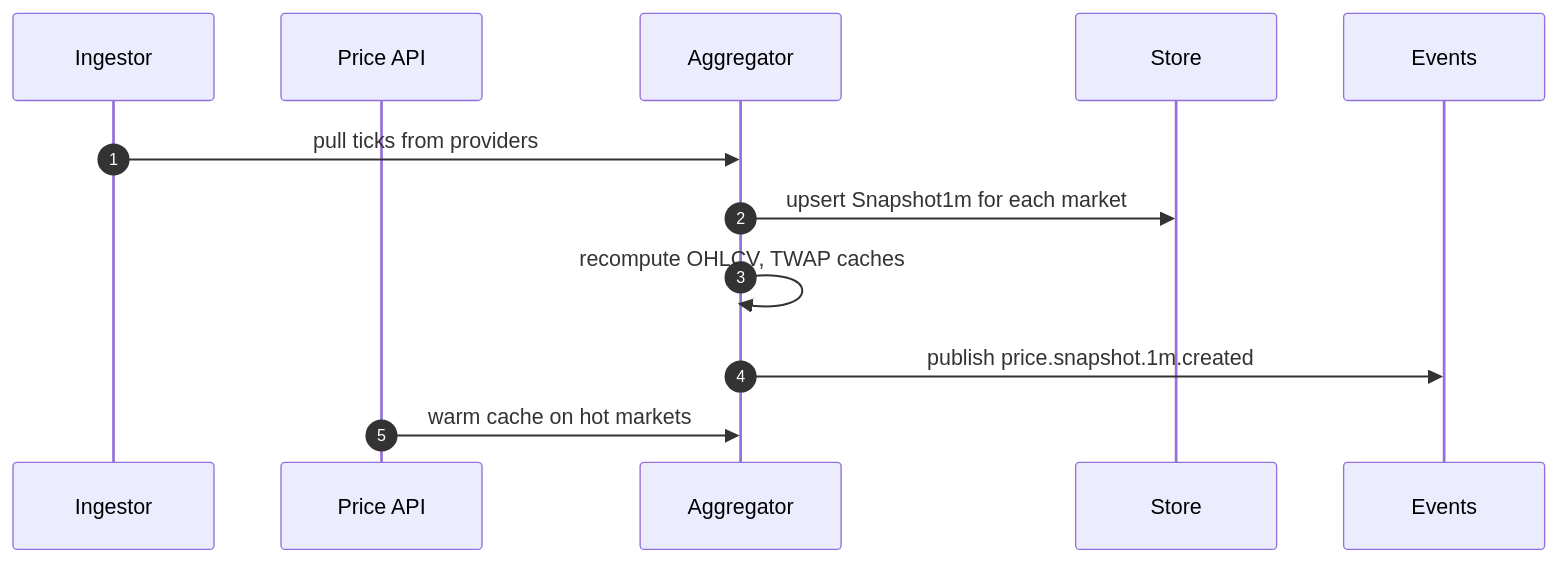
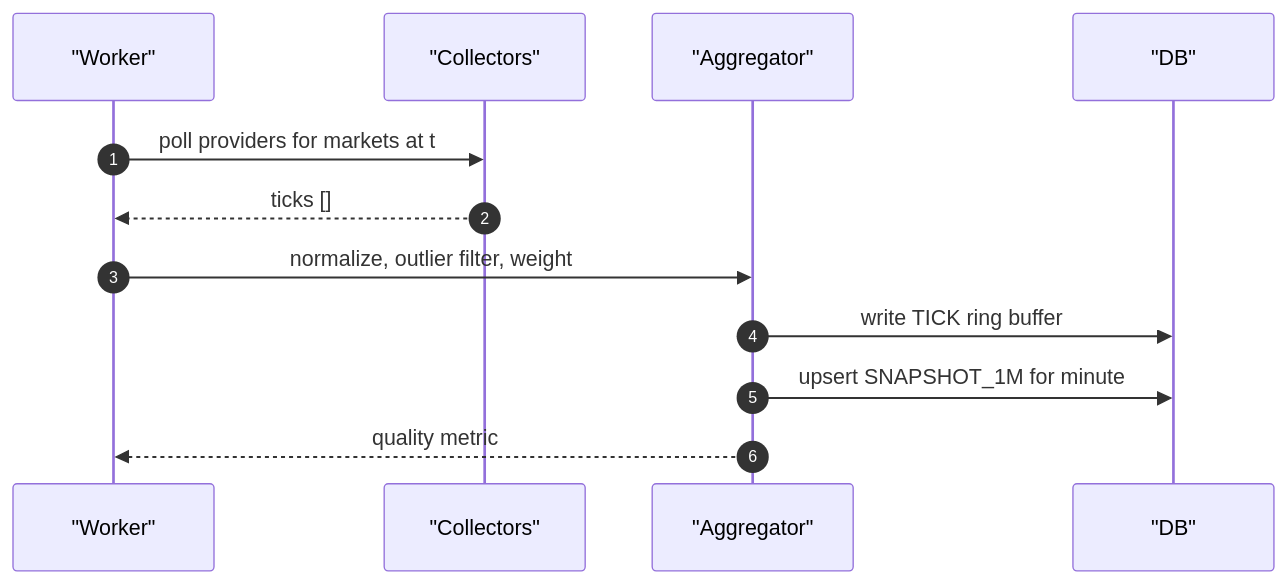
Before and after one commit to fuzeac/fuze-telegram-mini-app: the second of 5 diagrams in miniapp-price-service.md, drawn with Mermaid. The commit also changed other lines of this file, not shown here.

````diff
--- a/miniapp-price-service.md
+++ b/miniapp-price-service.md
@@ -95,15 +108,14 @@
 ```mermaid
 sequenceDiagram
   autonumber
-  participant JOB as Ingestor
-  participant API as Price API
-  participant AGG as Aggregator
-  participant DB as Store
-  participant EVT as Events
-
-  JOB->>AGG: pull ticks from providers
-  AGG->>DB: upsert Snapshot1m for each market
-  AGG->>AGG: recompute OHLCV, TWAP caches
-  AGG->>EVT: publish price.snapshot.1m.created
-  API->>AGG: warm cache on hot markets
+  participant WRK as "Worker"
+  participant COL as "Collectors"
+  participant AGG as "Aggregator"
+  participant DB as "DB"
+  WRK->>COL: poll providers for markets at t
+  COL-->>WRK: ticks []
+  WRK->>AGG: normalize, outlier filter, weight
+  AGG->>DB: write TICK ring buffer
+  AGG->>DB: upsert SNAPSHOT_1M for minute
+  AGG-->>WRK: quality metric
 ```
````
